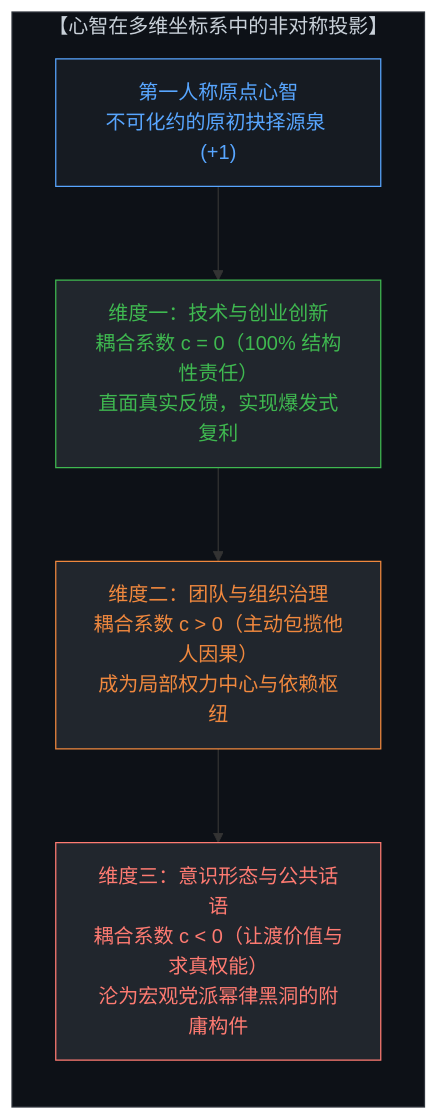
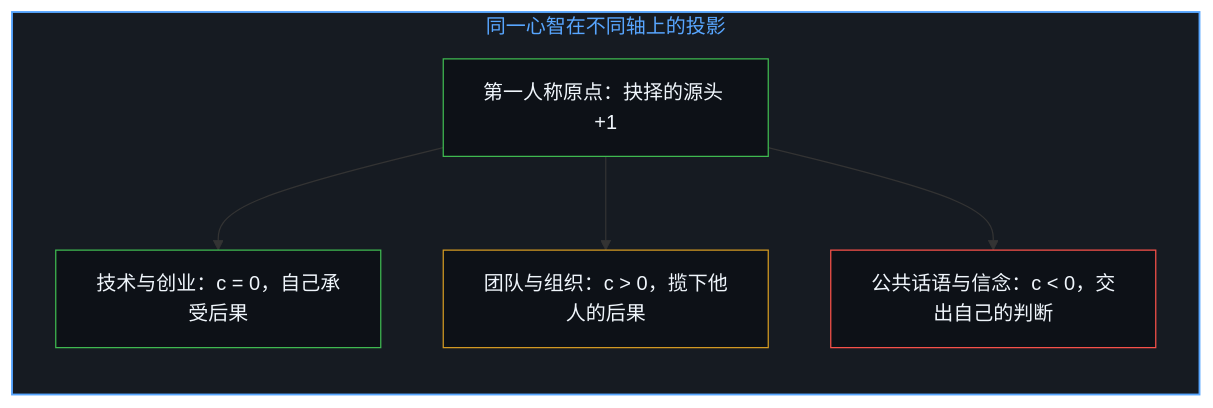
The third of 12 diagrams in content/posts/the-mirror-handshake-of-power.md (powerpig99/not-a-toe), drawn with Mermaid before and after one commit. The commit also changed other lines of this file and 3 other files, not shown here.

Commit message:
Refine the-mirror-handshake-of-power: alternating bilingual layout, English diagram twins, first-person framing

````diff
--- a/content/posts/the-mirror-handshake-of-power.md
+++ b/content/posts/the-mirror-handshake-of-power.md
@@ -71,22 +75,19 @@
 ```mermaid
-graph TD
-    subgraph MultiDimensionalDecomposition["【心智在多维坐标系中的非对称投影】"]
+flowchart TD
+    subgraph S_Axes["同一心智在不同轴上的投影"]
         direction TB
-        SovereignMind["第一人称原点心智<br>不可化约的原初抉择源泉 (+1)"]
-        
-        TechAxis["维度一：技术与创业创新<br>耦合系数 c = 0（100% 结构性责任）<br>直面真实反馈，实现爆发式复利"]
-        
-        OrgAxis["维度二：团队与组织治理<br>耦合系数 c > 0（主动包揽他人因果）<br>成为局部权力中心与依赖枢纽"]
-        
-        IdeologyAxis["维度三：意识形态与公共话语<br>耦合系数 c < 0（让渡价值与求真权能）<br>沦为宏观党派幂律黑洞的附庸构件"]
-        
-        SovereignMind --> TechAxis
-        TechAxis --> OrgAxis
-        OrgAxis --> IdeologyAxis
+        Mind["第一人称原点：抉择的源头 +1"]
+        Tech["技术与创业：c = 0，自己承受后果"]
+        Org["团队与组织：c > 0，揽下他人的后果"]
+        Idea["公共话语与信念：c < 0，交出自己的判断"]
+        Mind --> Tech
+        Mind --> Org
+        Mind --> Idea
     end
-    style MultiDimensionalDecomposition fill:#0d1117,stroke:#30363d,stroke-width:1px,color:#c9d1d9
-    style SovereignMind fill:#161b22,stroke:#58a6ff,stroke-width:1px,color:#58a6ff
-    style TechAxis fill:#21262d,stroke:#3fb950,color:#3fb950
-    style OrgAxis fill:#21262d,stroke:#f0883e,color:#f0883e
-    style IdeologyAxis fill:#21262d,stroke:#ff7b72,color:#ff7b72
+
+    style S_Axes fill:#161b22,stroke:#58a6ff,stroke-width:1.5px,color:#58a6ff
+    style Mind fill:#0d1117,stroke:#3fb950,stroke-width:1px,color:#f0f6fc
+    style Tech fill:#0d1117,stroke:#3fb950,stroke-width:1px,color:#f0f6fc
+    style Org fill:#0d1117,stroke:#d29922,stroke-width:1px,color:#f0f6fc
+    style Idea fill:#0d1117,stroke:#f85149,stroke-width:1px,color:#f0f6fc
 ```
````
